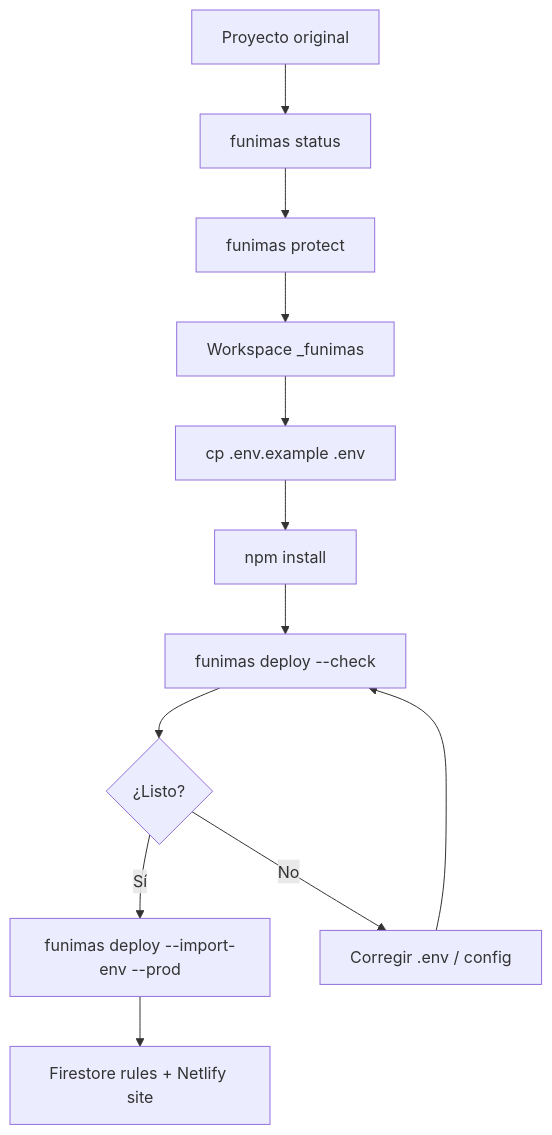
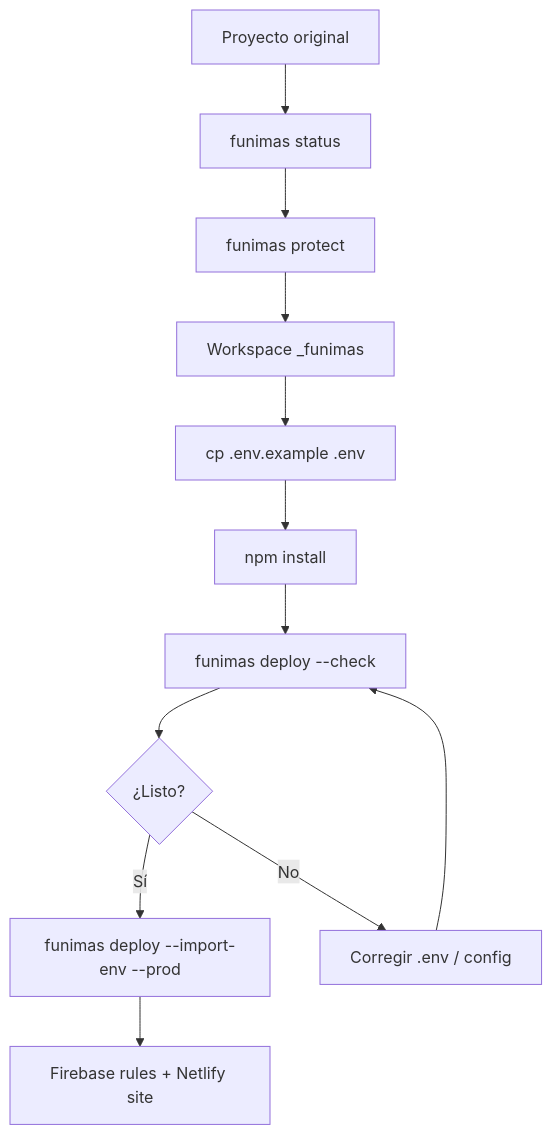
The diagram in README.md (robinson19937/funimas), drawn with Mermaid before and after one commit. The commit also changed other lines of this file and 13 other files, not shown here.

````diff
--- a/README.md
+++ b/README.md
@@ -215,14 +215,14 @@
 ```mermaid
 flowchart TD
     A[Proyecto original] --> B[funimas status]
     B --> C[funimas protect]
     C --> D[Workspace _funimas]
     D --> E[cp .env.example .env]
     E --> F[npm install]
     F --> G[funimas deploy --check]
     G --> H{¿Listo?}
     H -->|Sí| I[funimas deploy --import-env --prod]
     H -->|No| J[Corregir .env / config]
     J --> G
-    I --> K[Firestore rules + Netlify site]
+    I --> K[Firebase rules + Netlify site]
 ```
````
